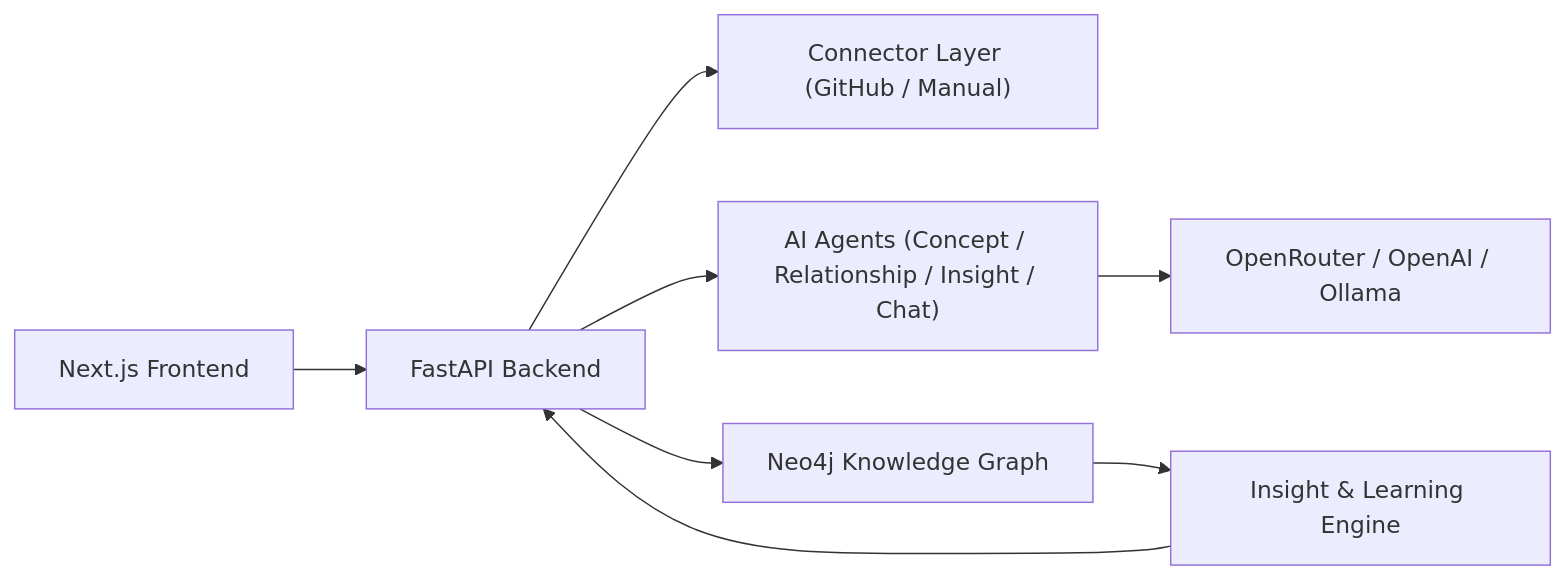
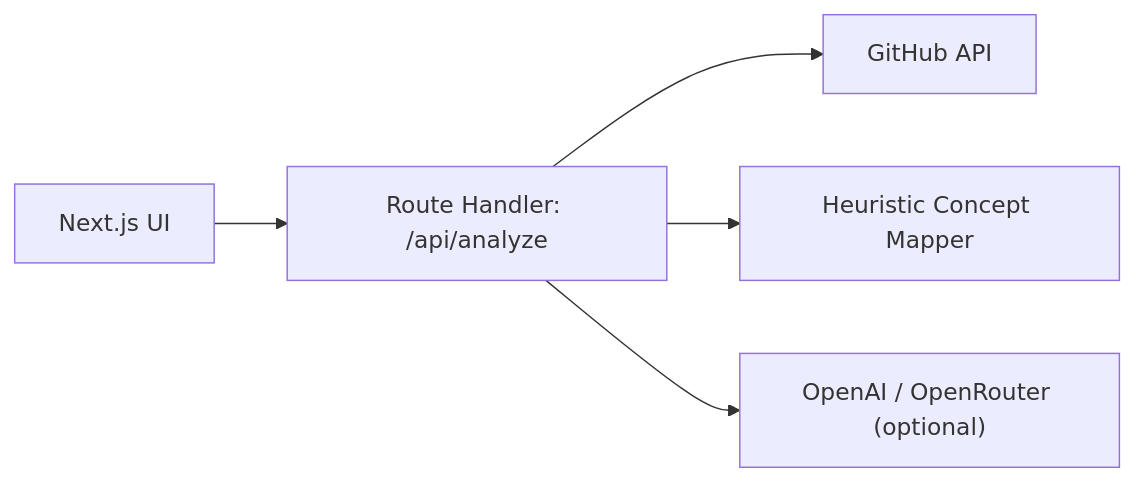
Before and after one commit to sumant1122/prism: the diagram in README.md, drawn with Mermaid. The commit also changed other lines of this file and 48 other files, not shown here.

````diff
--- a/README.md
+++ b/README.md
@@ -33,10 +26,7 @@
 ```mermaid
 flowchart LR
-    UI["Next.js Frontend"] --> API["FastAPI Backend"]
-    API --> CONN["Connector Layer (GitHub / Manual)"]
-    API --> AGENTS["AI Agents (Concept / Relationship / Insight / Chat)"]
-    AGENTS --> LLM["OpenRouter / OpenAI / Ollama"]
-    API --> NEO["Neo4j Knowledge Graph"]
-    NEO --> INS["Insight & Learning Engine"]
-    INS --> API
+    UI["Next.js UI"] --> API["Route Handler: /api/analyze"]
+    API --> GH["GitHub API"]
+    API --> HEUR["Heuristic Concept Mapper"]
+    API --> LLM["OpenAI / OpenRouter (optional)"]
 ```
````
